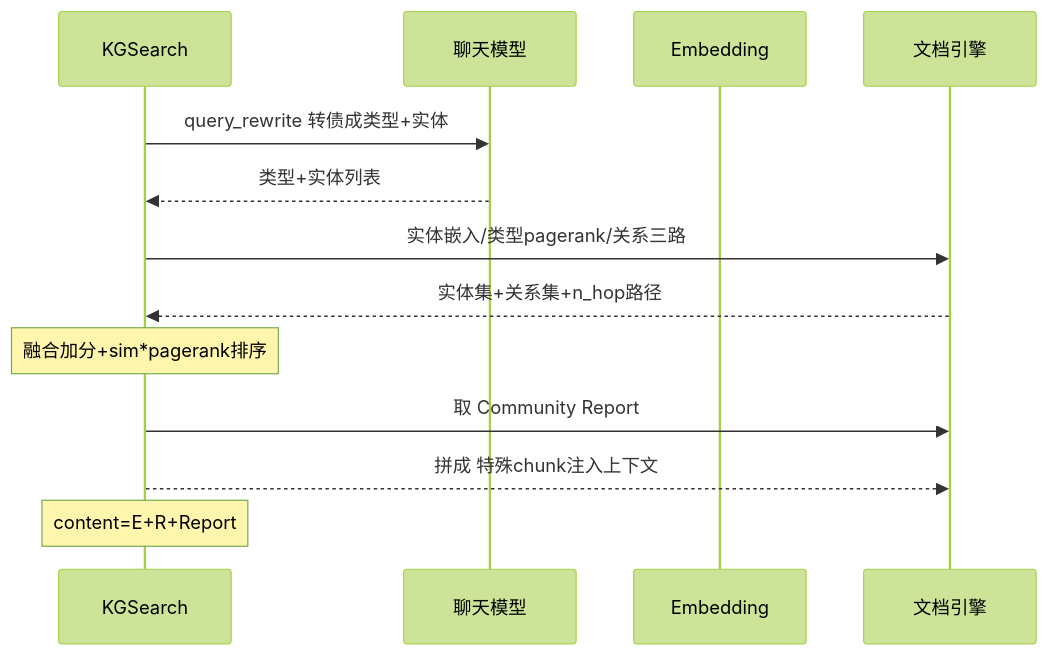
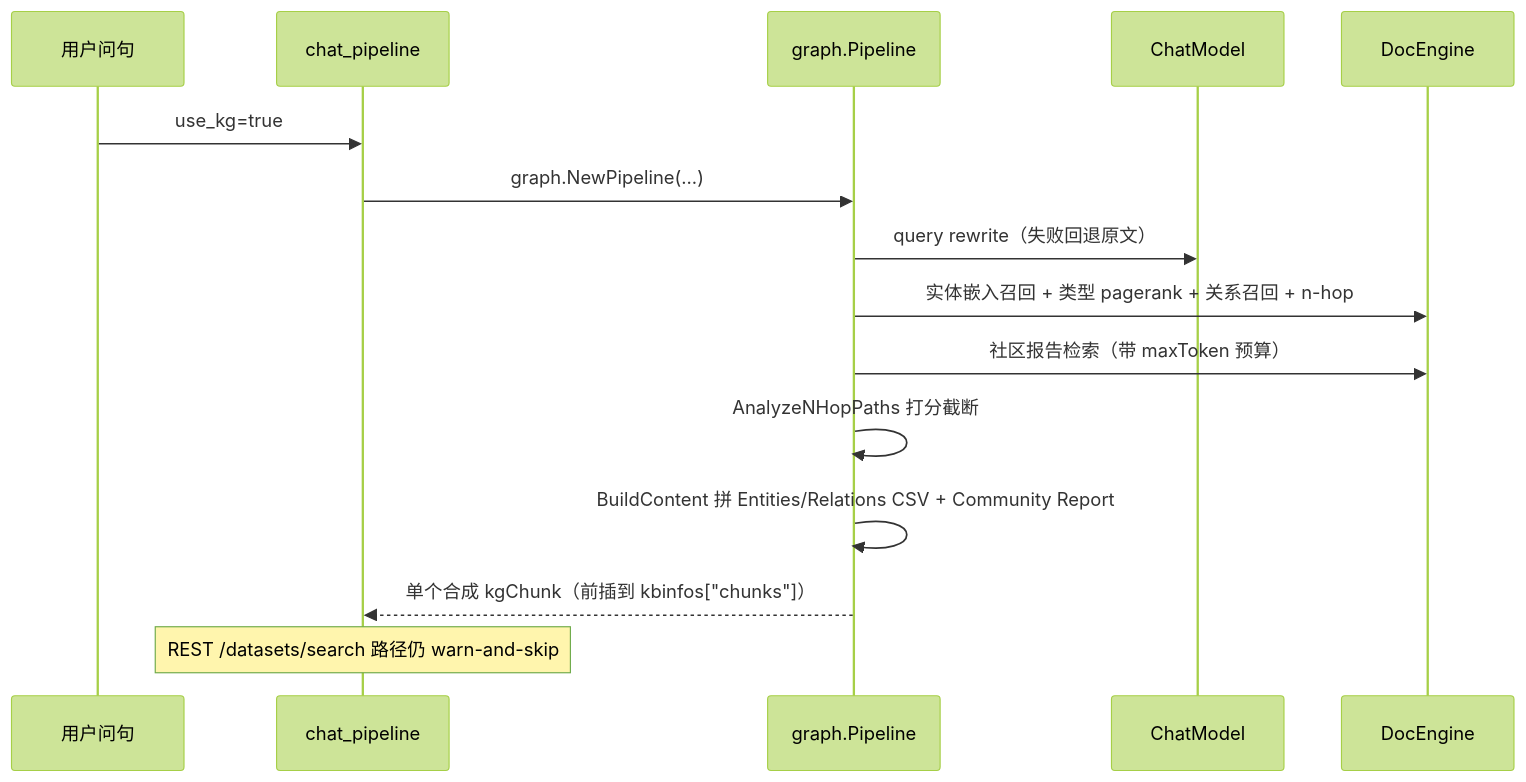
The second of 2 diagrams in ai-agent/ragflow/rag-pipeline.md (morehao/oss-insights), drawn with Mermaid (forest theme) before and after one commit. The commit also changed other lines of this file and 25 other files, not shown here.

First line of the commit message:
docs(ragflow): refresh insight docs for v1.0.0-rc1 Go rewrite and restructure architecture design (#50)

````diff
--- a/ai-agent/ragflow/rag-pipeline.md
+++ b/ai-agent/ragflow/rag-pipeline.md
@@ -312,15 +291,17 @@
 ```mermaid
 sequenceDiagram
-    participant KG as KGSearch
-    participant LLM as 聊天模型
-    participant EMB as Embedding
-    participant DS as 文档引擎
-    KG->>LLM: query_rewrite 转债成类型+实体
-    LLM-->>KG: 类型+实体列表
-    KG->>DS: 实体嵌入/类型pagerank/关系三路
-    DS-->>KG: 实体集+关系集+n_hop路径
-    Note over KG: 融合加分+sim*pagerank排序
-    KG->>DS: 取 Community Report
-    KG-->>DS: 拼成 特殊chunk注入上下文
-    Note over KG: content=E+R+Report
+    participant U as 用户问句
+    participant CP as chat_pipeline
+    participant GP as graph.Pipeline
+    participant LLM as ChatModel
+    participant DE as DocEngine
+    U->>CP: use_kg=true
+    CP->>GP: graph.NewPipeline(...)
+    GP->>LLM: query rewrite（失败回退原文）
+    GP->>DE: 实体嵌入召回 + 类型 pagerank + 关系召回 + n-hop
+    GP->>DE: 社区报告检索（带 maxToken 预算）
+    GP->>GP: AnalyzeNHopPaths 打分截断
+    GP->>GP: BuildContent 拼 Entities/Relations CSV + Community Report
+    GP-->>CP: 单个合成 kgChunk（前插到 kbinfos["chunks"]）
+    Note over CP: REST /datasets/search 路径仍 warn-and-skip
 ```
````
